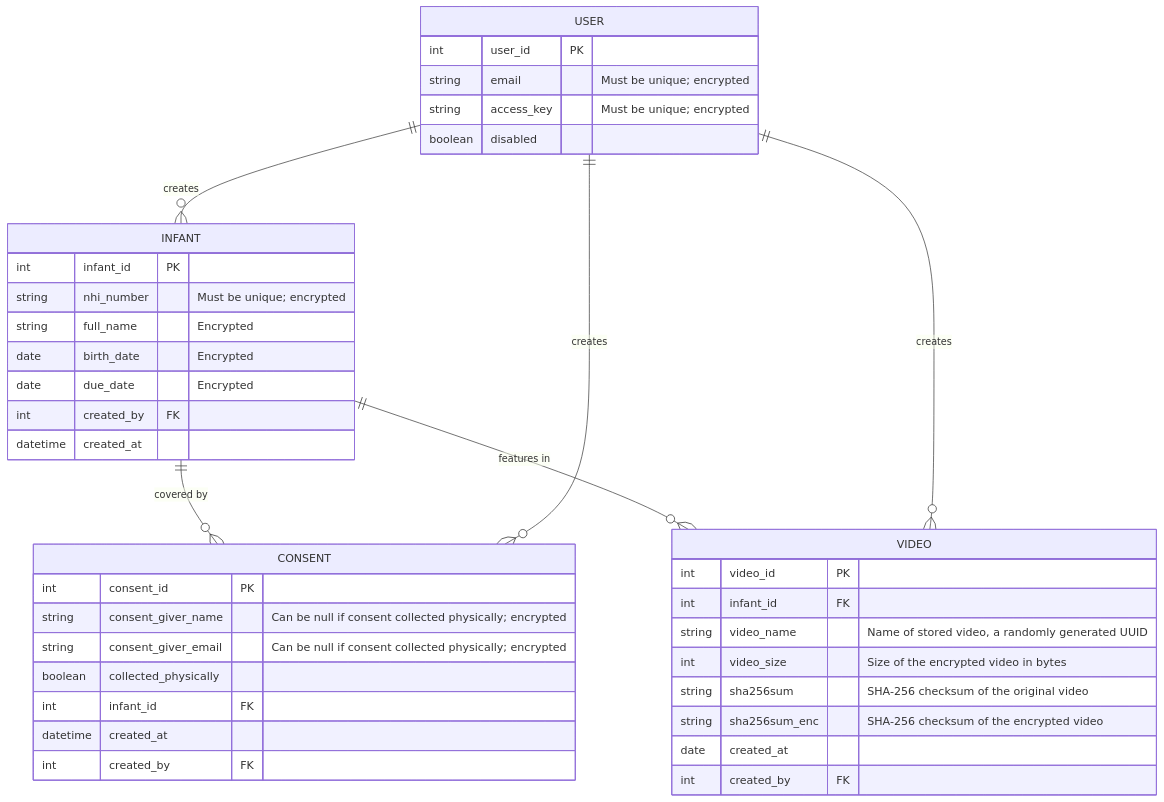
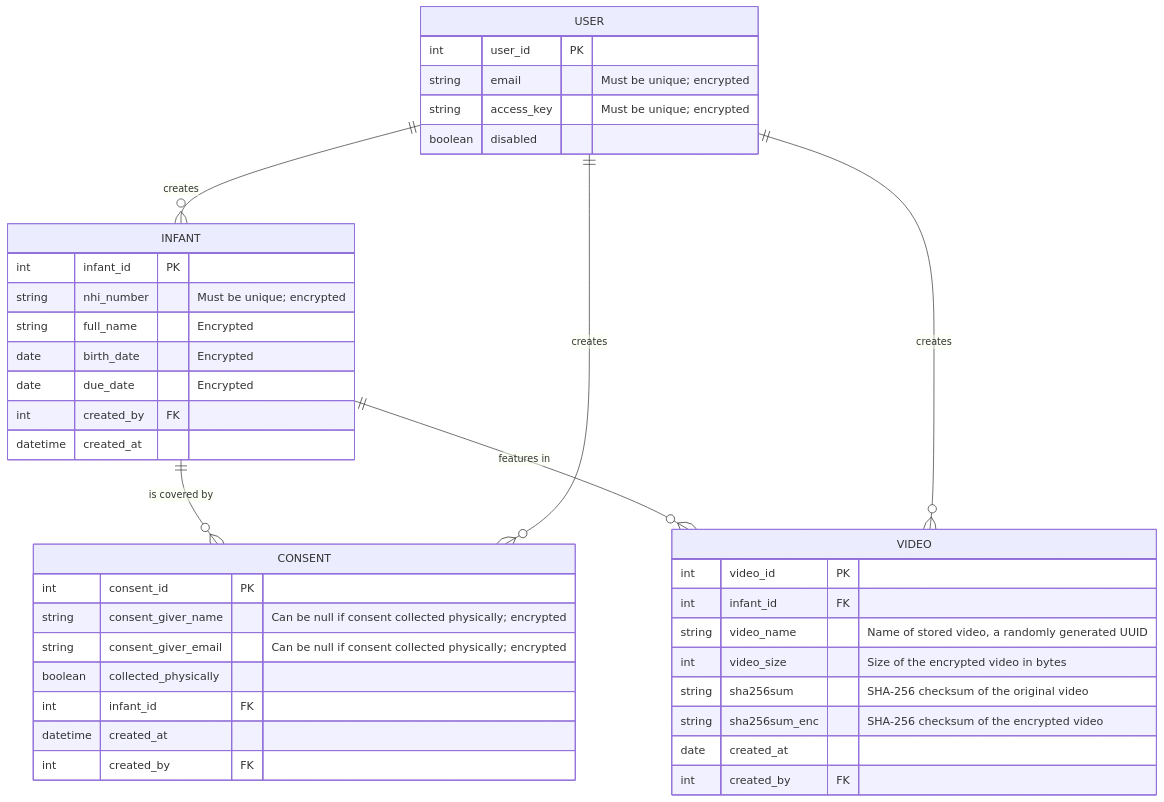
One commit to neuromechanics-uoa/tinymotion_backend changed the diagram in docs/architecture.md. Above: the diagram before and after it, drawn with Mermaid.

````diff
--- a/docs/architecture.md
+++ b/docs/architecture.md
@@ -38,47 +38,47 @@
 ```mermaid
 erDiagram
     USER {
         int user_id PK
         string email "Must be unique; encrypted"
         string access_key "Must be unique; encrypted"
         boolean disabled
     }
 
     INFANT {
         int infant_id PK
         string nhi_number "Must be unique; encrypted"
         string full_name "Encrypted"
         date birth_date "Encrypted"
         date due_date "Encrypted"
         int created_by FK
         datetime created_at
     }
 
     CONSENT {
         int consent_id PK
         string consent_giver_name "Can be null if consent collected physically; encrypted"
         string consent_giver_email "Can be null if consent collected physically; encrypted"
         boolean collected_physically
         int infant_id FK
         datetime created_at
         int created_by FK
     }
 
     VIDEO {
         int video_id PK
         int infant_id FK
         string video_name "Name of stored video, a randomly generated UUID"
         int video_size "Size of the encrypted video in bytes"
         string sha256sum "SHA-256 checksum of the original video"
         string sha256sum_enc "SHA-256 checksum of the encrypted video"
         date created_at
         int created_by FK
     }
 
-    INFANT ||--o{ CONSENT : "covered by"
+    INFANT ||--o{ CONSENT : "is covered by"
     INFANT ||--o{ VIDEO : "features in"
     USER ||--o{ CONSENT : creates
     USER ||--o{ VIDEO : creates
     USER ||--o{ INFANT : creates
 
 ```
````
